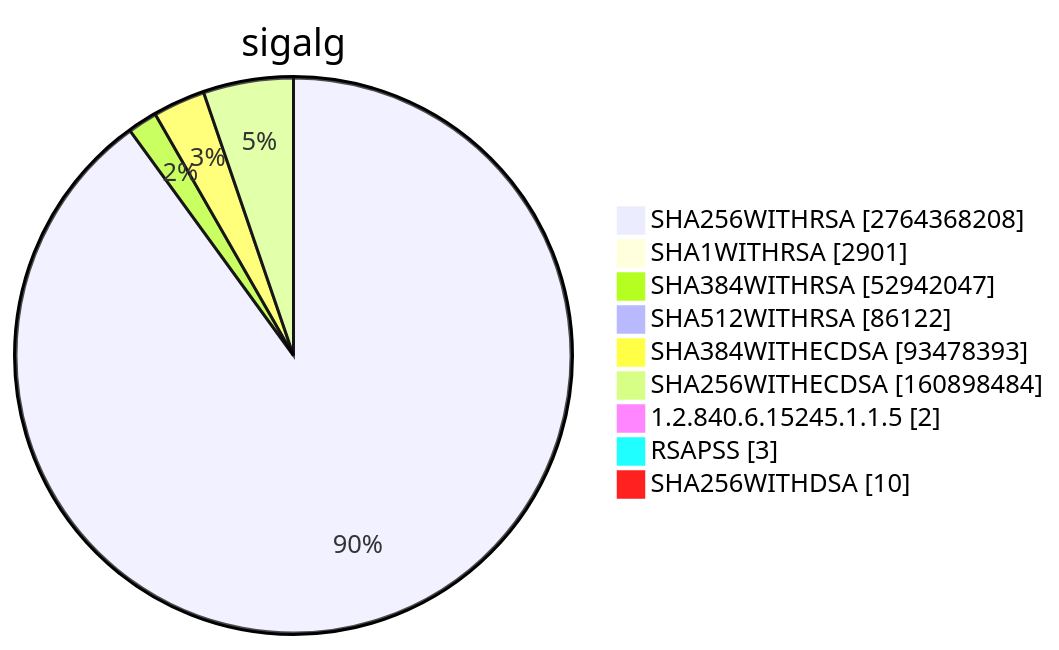
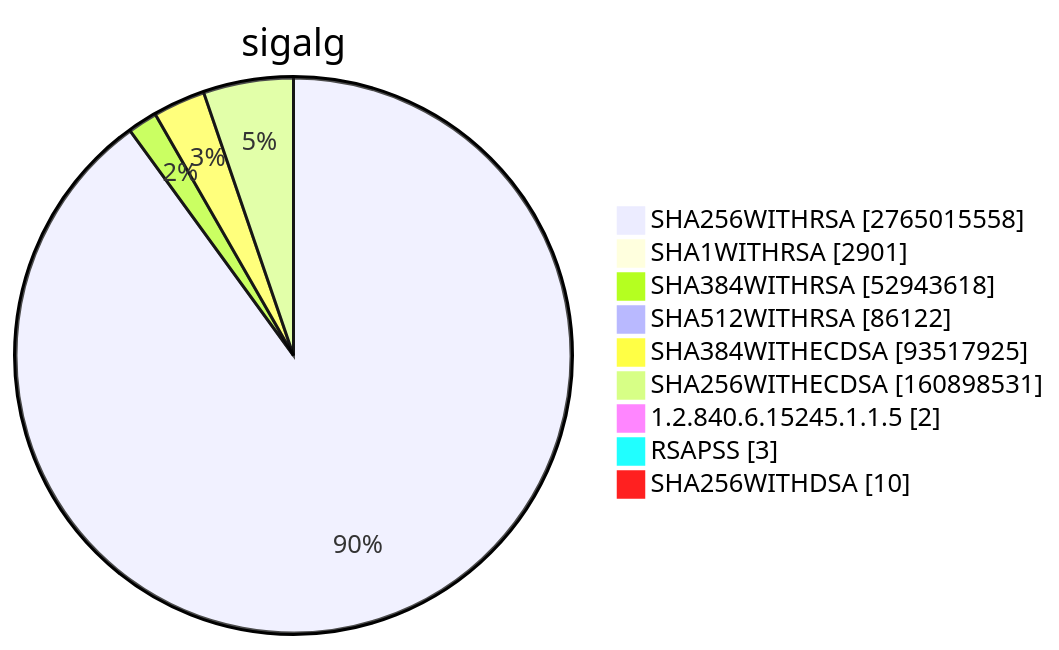
One commit to christiankrug/ctmonitor_visualization changed diagram 15 of 15 in TOTAL/README.md. Above: the diagram before and after it, drawn with Mermaid. The commit also changed other lines of this file, not shown here.

````diff
--- a/TOTAL/README.md
+++ b/TOTAL/README.md
@@ -6207,13 +6207,13 @@
 ```mermaid
 pie showData
 title sigalg
-"SHA256WITHRSA" :2764368208
+"SHA256WITHRSA" :2765015558
 "SHA1WITHRSA" :2901
-"SHA384WITHRSA" :52942047
+"SHA384WITHRSA" :52943618
 "SHA512WITHRSA" :86122
-"SHA384WITHECDSA" :93478393
-"SHA256WITHECDSA" :160898484
+"SHA384WITHECDSA" :93517925
+"SHA256WITHECDSA" :160898531
 "1.2.840.6.15245.1.1.5" :2
 "RSAPSS" :3
 "SHA256WITHDSA" :10
 ```
````
